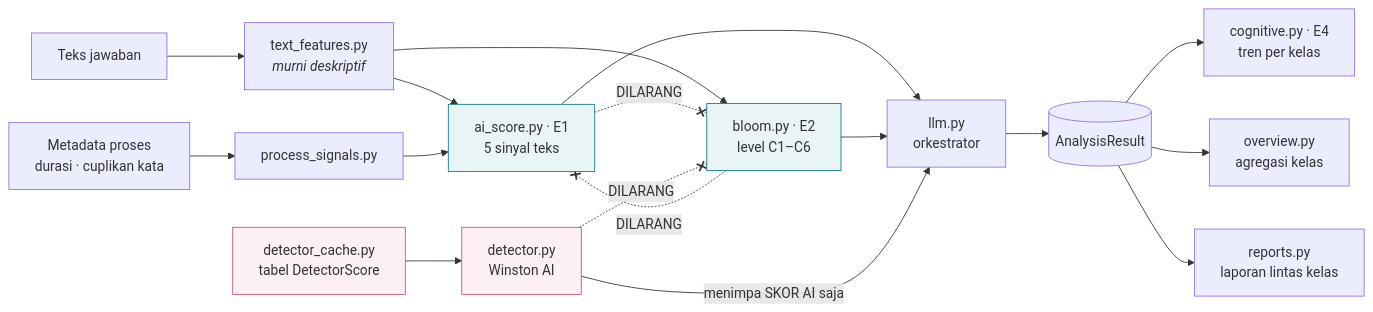
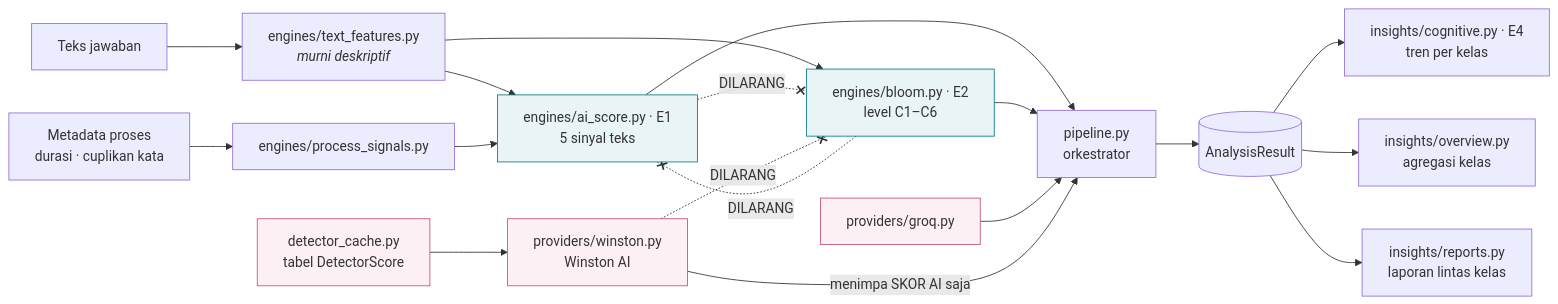
The third of 4 diagrams in diagram/01-arsitektur-sistem.md (FadhRach/ThinkPath), drawn with Mermaid before and after one commit. The commit also changed other lines of this file and 7 other files, not shown here.

First line of the commit message:
docs: ERD basis data, runbook VPS, dan arsitektur setelah migrasi

````diff
--- a/diagram/01-arsitektur-sistem.md
+++ b/diagram/01-arsitektur-sistem.md
@@ -109,30 +111,31 @@
 ```mermaid
 flowchart LR
-    T["Teks jawaban"] --> TF["text_features.py<br/><i>murni deskriptif</i>"]
-    P["Metadata proses<br/>durasi · cuplikan kata"] --> PS["process_signals.py"]
+    T["Teks jawaban"] --> TF["engines/text_features.py<br/><i>murni deskriptif</i>"]
+    P["Metadata proses<br/>durasi · cuplikan kata"] --> PS["engines/process_signals.py"]
 
-    TF --> E1["ai_score.py · E1<br/>5 sinyal teks"]
-    TF --> E2["bloom.py · E2<br/>level C1–C6"]
+    TF --> E1["engines/ai_score.py · E1<br/>5 sinyal teks"]
+    TF --> E2["engines/bloom.py · E2<br/>level C1–C6"]
     PS --> E1
 
-    E1 --> ORC["llm.py<br/>orkestrator"]
+    E1 --> ORC["pipeline.py<br/>orkestrator"]
     E2 --> ORC
+    GQ["providers/groq.py"] --> ORC
     ORC --> AR[("AnalysisResult")]
 
-    DC["detector_cache.py<br/>tabel DetectorScore"] --> DET["detector.py<br/>Winston AI"]
+    DC["detector_cache.py<br/>tabel DetectorScore"] --> DET["providers/winston.py<br/>Winston AI"]
     DET -->|"menimpa SKOR AI saja"| ORC
 
-    AR --> E4["cognitive.py · E4<br/>tren per kelas"]
-    AR --> OV["overview.py<br/>agregasi kelas"]
-    AR --> RP["reports.py<br/>laporan lintas kelas"]
+    AR --> E4["insights/cognitive.py · E4<br/>tren per kelas"]
+    AR --> OV["insights/overview.py<br/>agregasi kelas"]
+    AR --> RP["insights/reports.py<br/>laporan lintas kelas"]
 
     E1 -. "DILARANG" .-x E2
     E2 -. "DILARANG" .-x E1
     DET -. "DILARANG" .-x E2
 
     classDef larang stroke:#C2547A,stroke-width:2px,stroke-dasharray:4 3
     classDef inti fill:#E8F4F5,stroke:#0E7C86
     classDef luar fill:#FDF0F4,stroke:#C2547A
     class E1,E2 inti
-    class DET,DC luar
+    class DET,DC,GQ luar
 ```
````
